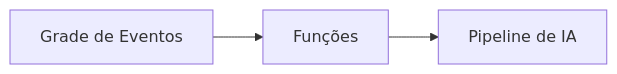
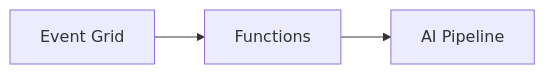
Before and after one commit to microsoft/AZD-for-beginners: the second of 2 diagrams in translations/pt-BR/docs/chapter-08-production/README.md, drawn with Mermaid. The commit also changed other lines of this file and 145 other files, not shown here.

````diff
--- a/translations/pt-BR/docs/chapter-08-production/README.md
+++ b/translations/pt-BR/docs/chapter-08-production/README.md
@@ -57,4 +59,4 @@
 ```mermaid
 graph LR
-    EventGrid[Grade de Eventos] --> Functions[Funções] --> Pipeline[Pipeline de IA]
+    EventGrid[Event Grid] --> Functions[Functions] --> Pipeline[AI Pipeline]
 ```
````
